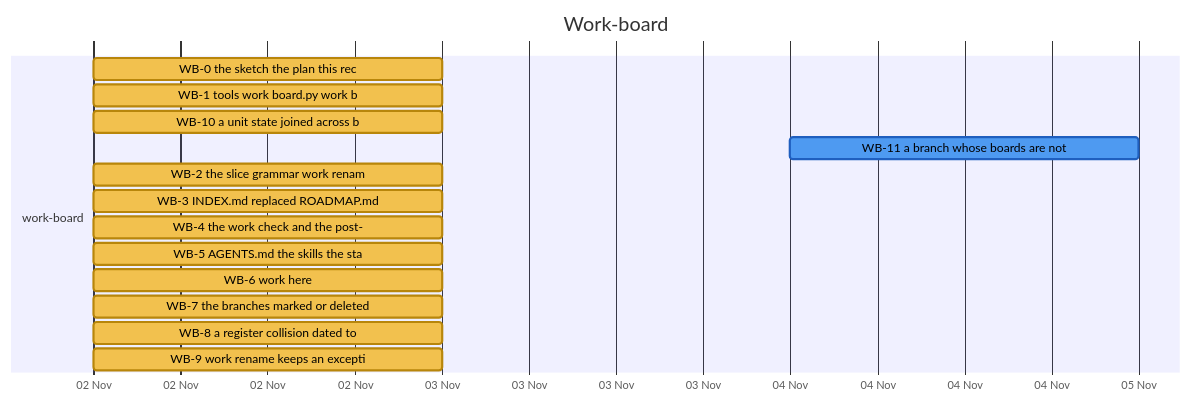
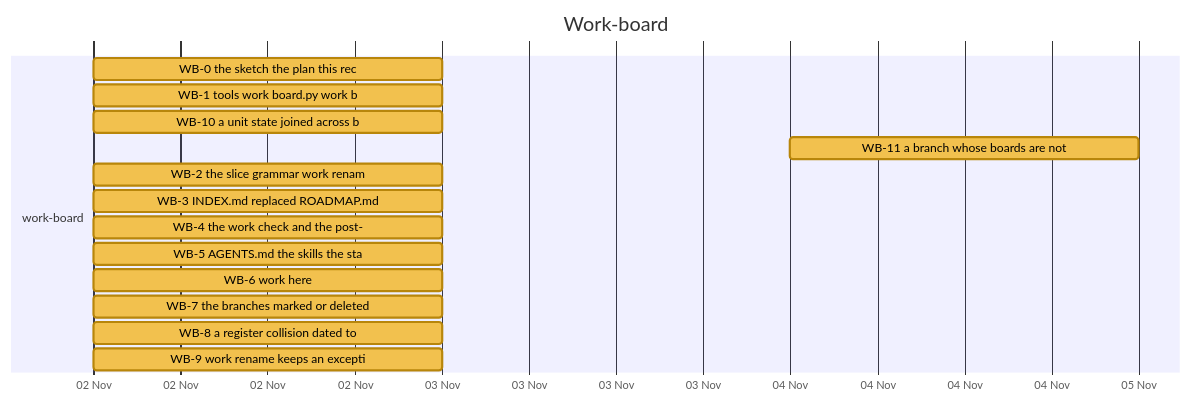
Before and after one commit to nebularis/lattice: diagram 15 of 24 in docs/developer/ROADMAP.md, drawn with Mermaid. The commit also changed other lines of this file and 6 other files, not shown here.

````diff
--- a/docs/developer/ROADMAP.md
+++ b/docs/developer/ROADMAP.md
@@ -449,20 +434,20 @@
 ```mermaid
 %%{init: {"themeVariables": {"taskBkgColor": "#f2c14e", "taskBorderColor": "#b8860b", "taskTextColor": "#000000", "activeTaskBkgColor": "#4e9af1", "activeTaskBorderColor": "#1f5fbf", "activeTaskBorderColor": "#1f5fbf", "doneTaskBkgColor": "#8fcf8f", "doneTaskBorderColor": "#2f7d32", "critBkgColor": "#f28b82", "critBorderColor": "#b23a30", "taskTextDarkColor": "#000000", "taskTextLightColor": "#000000"}}}%%
 gantt
     title Work-board
     dateFormat YYYY-MM-DD
     axisFormat %d %b
     section work-board
     WB-0 the sketch the plan this rec :wb0, 2026-11-02, 2026-11-03
     WB-1 tools work board.py work b :wb1, 2026-11-02, 2026-11-03
     WB-10 a unit state joined across b :wb10, 2026-11-02, 2026-11-03
-    WB-11 a branch whose boards are not :active, wb11, 2026-11-04, 2026-11-05
+    WB-11 a branch whose boards are not :wb11, 2026-11-04, 2026-11-05
     WB-2 the slice grammar work renam :wb2, 2026-11-02, 2026-11-03
     WB-3 INDEX.md replaced ROADMAP.md :wb3, 2026-11-02, 2026-11-03
     WB-4 the work check and the post- :wb4, 2026-11-02, 2026-11-03
     WB-5 AGENTS.md the skills the sta :wb5, 2026-11-02, 2026-11-03
     WB-6 work here :wb6, 2026-11-02, 2026-11-03
     WB-7 the branches marked or deleted :wb7, 2026-11-02, 2026-11-03
     WB-8 a register collision dated to :wb8, 2026-11-02, 2026-11-03
     WB-9 work rename keeps an excepti :wb9, 2026-11-02, 2026-11-03
 ```
````
